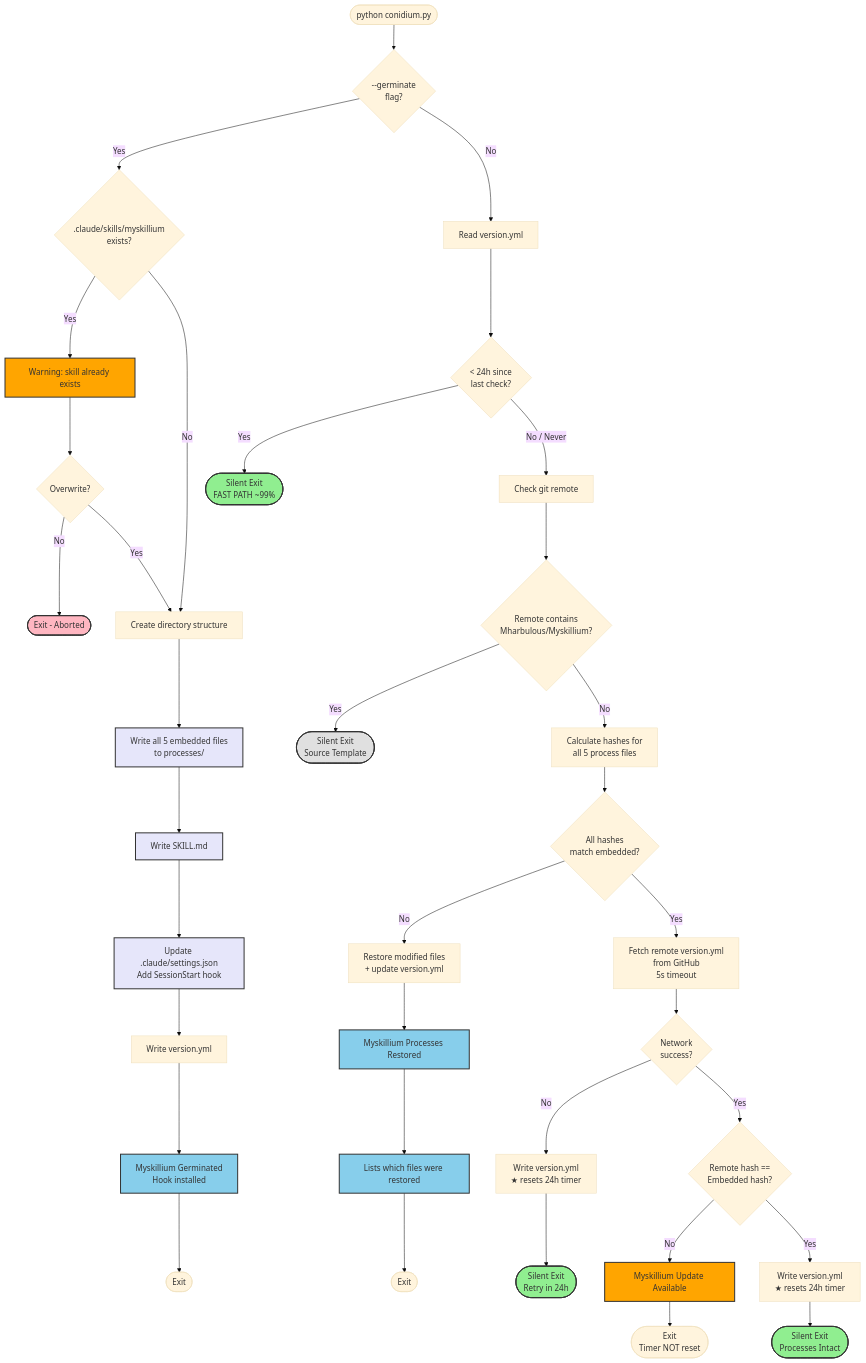
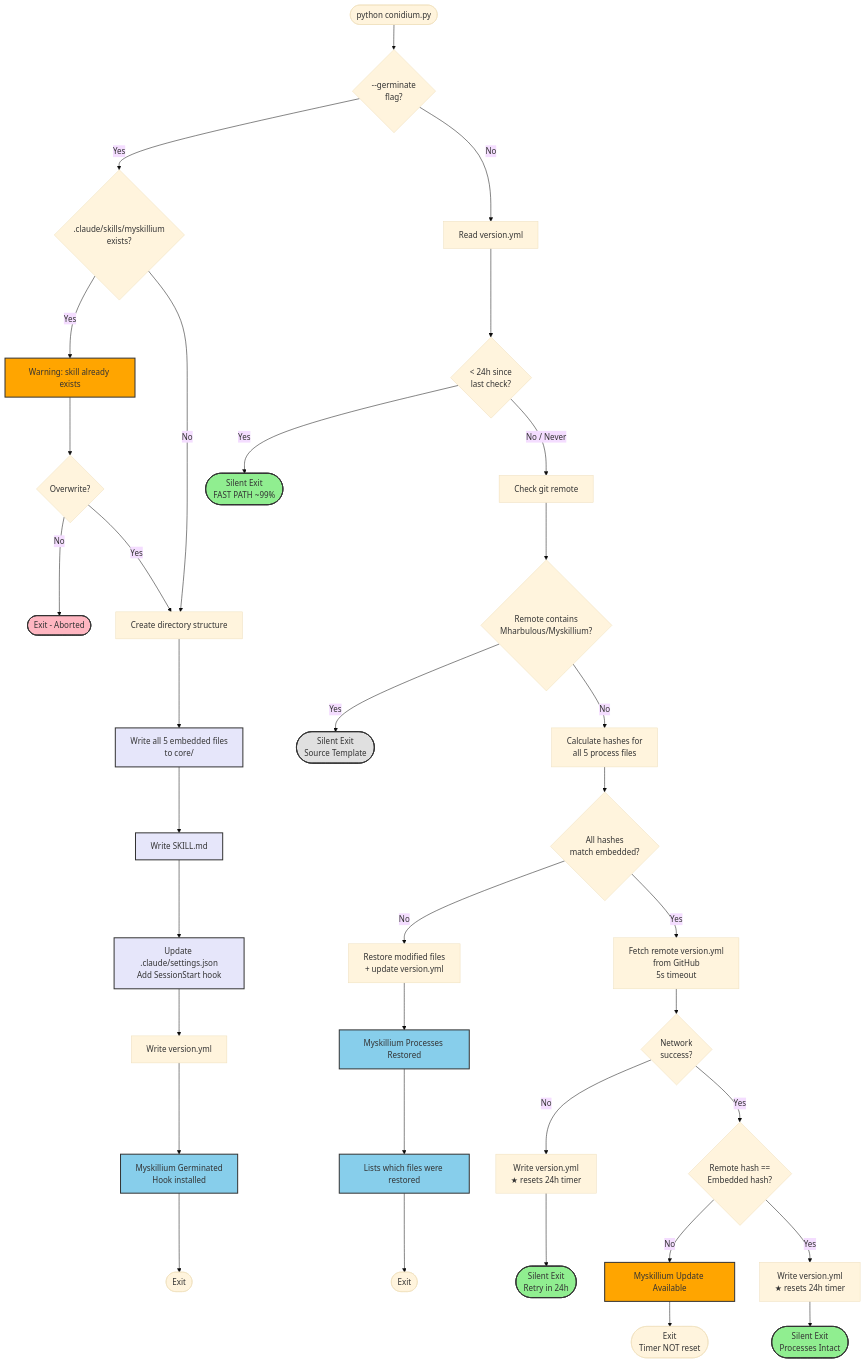
One commit to Mharbulous/myskillium changed the diagram in .claude/skills/myskillium/core/homeostasis.md. Above: the diagram before and after it, drawn with Mermaid (base theme). The commit also changed other lines of this file and 3 other files, not shown here.

First line of the commit message:
refactor(myskillium): rename processes directory to core throughout codebase

````diff
--- a/.claude/skills/myskillium/core/homeostasis.md
+++ b/.claude/skills/myskillium/core/homeostasis.md
@@ -57,66 +57,66 @@
 ```mermaid
 flowchart TD
     START([python conidium.py]) --> CHECK_FLAG{--germinate<br/>flag?}
 
     %% === GERMINATION PATH ===
     CHECK_FLAG -->|Yes| CHECK_EXISTS{.claude/skills/myskillium<br/>exists?}
     CHECK_EXISTS -->|Yes| WARN_EXISTS["Warning: skill already exists"]
     WARN_EXISTS --> ASK_OVERWRITE{Overwrite?}
     ASK_OVERWRITE -->|No| EXIT_ABORT([Exit - Aborted])
     ASK_OVERWRITE -->|Yes| GERMINATE
     CHECK_EXISTS -->|No| GERMINATE[Create directory structure]
 
-    GERMINATE --> WRITE_FILES[Write all 5 embedded files<br/>to processes/]
+    GERMINATE --> WRITE_FILES[Write all 5 embedded files<br/>to core/]
     WRITE_FILES --> WRITE_SKILL[Write SKILL.md]
     WRITE_SKILL --> UPDATE_SETTINGS[Update .claude/settings.json<br/>Add SessionStart hook]
     UPDATE_SETTINGS --> WRITE_VERSION_G[Write version.yml]
     WRITE_VERSION_G --> MSG_GERMINATED["Myskillium Germinated<br/>Hook installed"]
     MSG_GERMINATED --> EXIT_GERMINATED([Exit])
 
     %% === HOMEOSTASIS PATH ===
     CHECK_FLAG -->|No| READ_VERSION[Read version.yml]
     READ_VERSION --> CHECK_24H{< 24h since<br/>last check?}
 
     CHECK_24H -->|Yes| EXIT_FAST([Silent Exit<br/>FAST PATH ~99%])
     CHECK_24H -->|No / Never| CHECK_SOURCE[Check git remote]
 
     CHECK_SOURCE --> IS_SOURCE{Remote contains<br/>Mharbulous/Myskillium?}
     IS_SOURCE -->|Yes| EXIT_SOURCE([Silent Exit<br/>Source Template])
     IS_SOURCE -->|No| CALC_HASHES[Calculate hashes for<br/>all 5 process files]
 
     CALC_HASHES --> COMPARE_PROCS{All hashes<br/>match embedded?}
 
     COMPARE_PROCS -->|No| RESTORE[Restore modified files<br/>+ update version.yml]
     RESTORE --> MSG_RESTORE["Myskillium Processes Restored"]
     MSG_RESTORE --> LIST_RESTORED["Lists which files were restored"]
     LIST_RESTORED --> EXIT_RESTORE([Exit])
 
     COMPARE_PROCS -->|Yes| FETCH_REMOTE[Fetch remote version.yml<br/>from GitHub<br/>5s timeout]
 
     FETCH_REMOTE --> NETWORK{Network<br/>success?}
     NETWORK -->|No| WRITE_VERSION_NET[Write version.yml<br/>★ resets 24h timer]
     WRITE_VERSION_NET --> EXIT_NET([Silent Exit<br/>Retry in 24h])
 
     NETWORK -->|Yes| REMOTE_MATCH{Remote hash ==<br/>Embedded hash?}
     REMOTE_MATCH -->|No| MSG_UPDATE["Myskillium Update Available"]
     MSG_UPDATE --> EXIT_UPDATE([Exit<br/>Timer NOT reset])
 
     REMOTE_MATCH -->|Yes| WRITE_VERSION[Write version.yml<br/>★ resets 24h timer]
     WRITE_VERSION --> EXIT_OK([Silent Exit<br/>Processes Intact])
 
     %% === SEMANTIC CLASS DEFINITIONS ===
     classDef successExit fill:#90EE90,stroke:#333,stroke-width:2px
     classDef infoMessage fill:#87CEEB,stroke:#333,stroke-width:2px
     classDef warningMessage fill:#FFA500,stroke:#333,stroke-width:2px
     classDef abortExit fill:#FFB6C1,stroke:#333,stroke-width:2px
     classDef germinateProcess fill:#E6E6FA,stroke:#333,stroke-width:2px
     classDef neutralExit fill:#E0E0E0,stroke:#333,stroke-width:2px
 
     %% === APPLY CLASSES ===
     class EXIT_FAST,EXIT_OK,EXIT_NET successExit
     class MSG_GERMINATED,MSG_RESTORE,LIST_RESTORED infoMessage
     class MSG_UPDATE,WARN_EXISTS warningMessage
     class EXIT_ABORT abortExit
     class WRITE_FILES,WRITE_SKILL,UPDATE_SETTINGS germinateProcess
     class EXIT_SOURCE neutralExit
 ```
````
